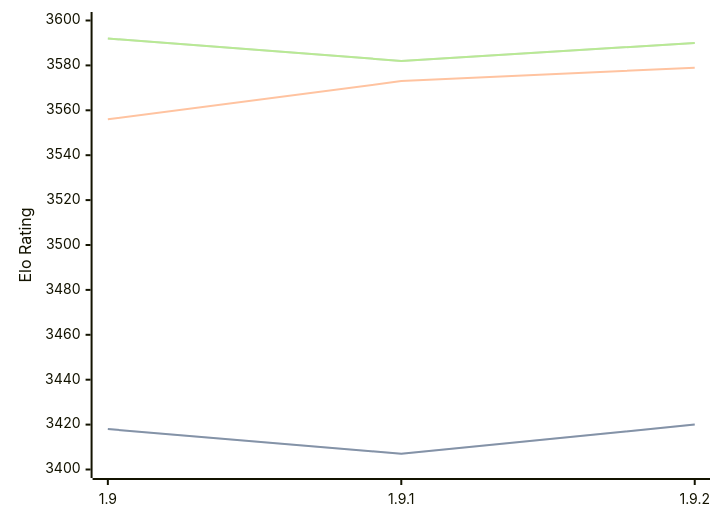
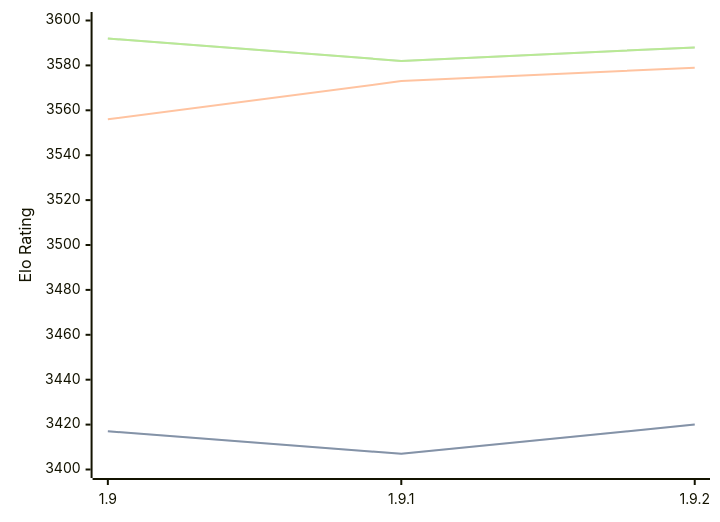
Before and after one commit to computer-chess-index/cci: the diagram in engines/Pawnocchio.md, drawn with Mermaid. The commit also changed other lines of this file, not shown here.

Commit message:
Update CCI Ratings (ELO VLTC) - 2026-03-01

````diff
--- a/engines/Pawnocchio.md
+++ b/engines/Pawnocchio.md
@@ -46,11 +46,11 @@
 ```mermaid
 %%{init: {"theme":"base","themeVariables":{"seriesColors:['#a3a3a3','#222221','#faa371']}}}%%
 xychart-beta
   x-axis ["1.9", "1.9.1", "1.9.2"]
   y-axis "Elo Rating" 3400 --> 3600
-  line "STC (8.0+0.08s)" [3418, 3407, 3420]
-  line "STC (8.0+0.08s)" [3418, 3407, 3420]
+  line "STC (8.0+0.08s)" [3417, 3407, 3420]
+  line "STC (8.0+0.08s)" [3417, 3407, 3420]
   line "LTC (60.0+0.60s)" [3556, 3573, 3579]
-  line "VLTC (2m24s+1.12s)" [3592, 3582, 3590]
-  line "VLTC (2m24s+1.12s)" [3592, 3582, 3590]
+  line "VLTC (2m24s+1.12s)" [3592, 3582, 3588]
+  line "VLTC (2m24s+1.12s)" [3592, 3582, 3588]
 ```
````
